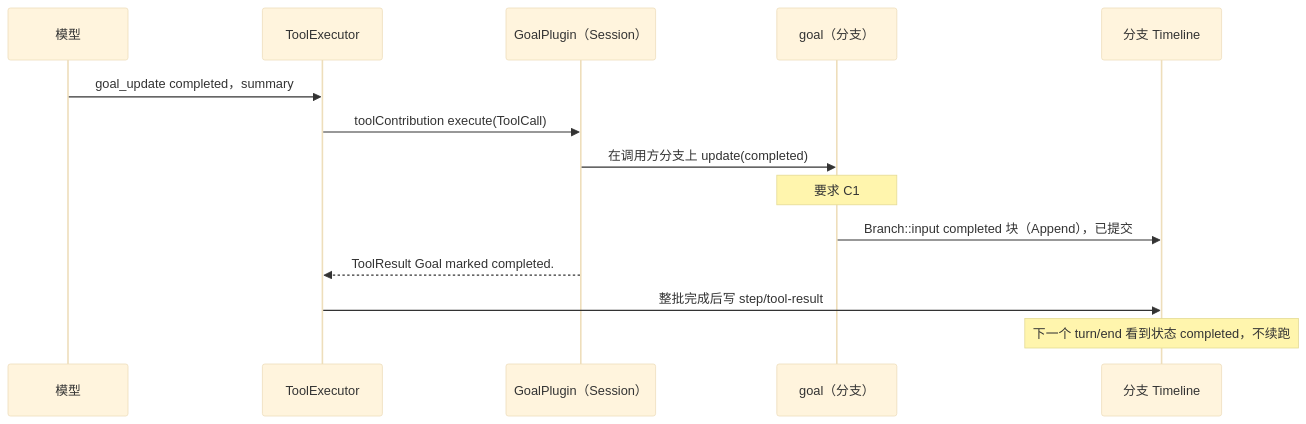
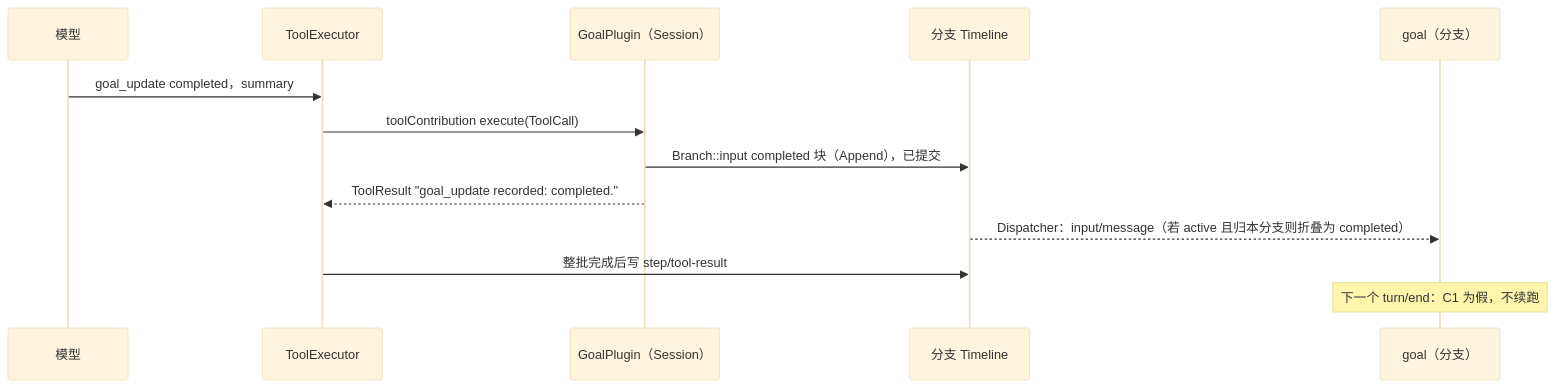
The fourth of 6 diagrams in docs/zh/design/plugins/Goal.md (CoutinhoTTS/dim-agent), drawn with Mermaid (base theme) before and after one commit. The commit also changed other lines of this file and 40 other files, not shown here.

````diff
--- a/docs/zh/design/plugins/Goal.md
+++ b/docs/zh/design/plugins/Goal.md
@@ -108,16 +128,15 @@
 ```mermaid
 sequenceDiagram
   participant Model as 模型
   participant TE as ToolExecutor
   participant GS as GoalPlugin（Session）
+  participant TL as 分支 Timeline
   participant G as goal（分支）
-  participant TL as 分支 Timeline
   Model->>TE: goal_update completed，summary
   TE->>GS: toolContribution execute(ToolCall)
-  GS->>G: 在调用方分支上 update(completed)
-  Note over G: 要求 C1
-  G->>TL: Branch::input completed 块（Append），已提交
-  GS-->>TE: ToolResult Goal marked completed.
+  GS->>TL: Branch::input completed 块（Append），已提交
+  GS-->>TE: ToolResult "goal_update recorded: completed."
+  TL-->>G: Dispatcher：input/message（若 active 且归本分支则折叠为 completed）
   TE->>TL: 整批完成后写 step/tool-result
-  Note over TL: 下一个 turn/end 看到状态 completed，不续跑
+  Note over G: 下一个 turn/end：C1 为假，不续跑
 ```
````
